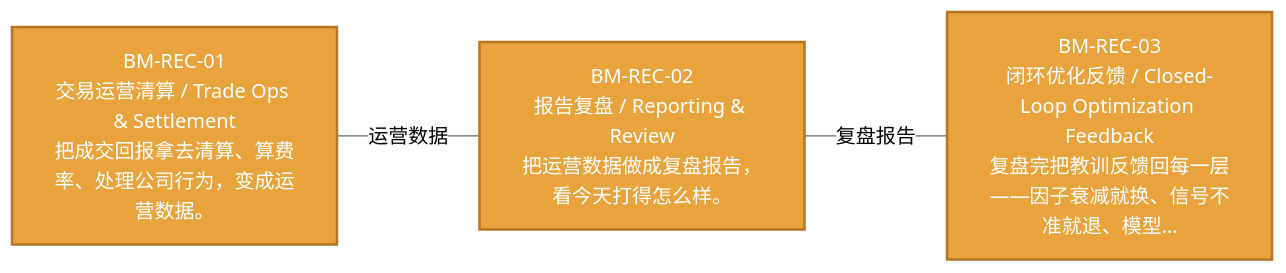
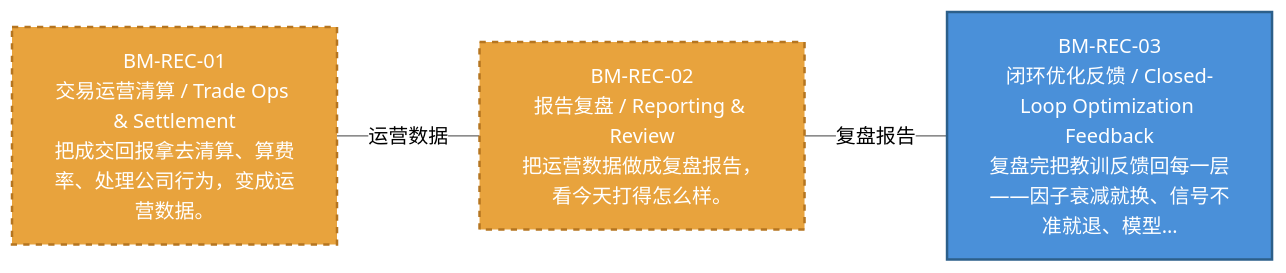
The diagram in docs/02_enterprise_architecture/07_trading_decision_architecture/battle_map/battle_map_06_reconciliation.md (xuanFelixVan/ZephyrAlpha), drawn with Mermaid (neutral theme) before and after one commit. The commit also changed other lines of this file and 9 other files, not shown here.

````diff
--- a/docs/02_enterprise_architecture/07_trading_decision_architecture/battle_map/battle_map_06_reconciliation.md
+++ b/docs/02_enterprise_architecture/07_trading_decision_architecture/battle_map/battle_map_06_reconciliation.md
@@ -15,13 +15,14 @@
 ```mermaid
 %% 对账阶段图
 flowchart LR
     BM_REC_01["BM-REC-01\n交易运营清算 / Trade Ops & Settlement\n把成交回报拿去清算、算费率、处理公司行为，变成运营数据。"]:::design
     BM_REC_02["BM-REC-02\n报告复盘 / Reporting & Review\n把运营数据做成复盘报告，看今天打得怎么样。"]:::design
-    BM_REC_03["BM-REC-03\n闭环优化反馈 / Closed-Loop Optimization Feedback\n复盘完把教训反馈回每一层——因子衰减就换、信号不准就退、模型…"]:::design
+    BM_REC_03["BM-REC-03\n闭环优化反馈 / Closed-Loop Optimization Feedback\n复盘完把教训反馈回每一层——因子衰减就换、信号不准就退、模型…"]:::production
     BM_REC_01 --- |运营数据| BM_REC_02
     BM_REC_02 --- |复盘报告| BM_REC_03
 classDef production fill:#4A90D9,stroke:#2C5F8A,color:#fff,stroke-width:2px;
-classDef design fill:#E8A33D,stroke:#B57520,color:#fff,stroke-width:2px;
-classDef deprecated fill:#999999,stroke:#666666,color:#fff,stroke-width:2px;
-classDef missing fill:#fff,stroke:#D93636,color:#D93636,stroke-width:3px;
+classDef design fill:#E8A33D,stroke:#B57520,color:#fff,stroke-width:2px,stroke-dasharray: 5 5;
+classDef deprecated fill:#D93636,stroke:#A02020,color:#fff,stroke-width:2px;
+classDef missing fill:#BBBBBB,stroke:#888888,color:#fff,stroke-width:2px;
+classDef candidate fill:#F4D03F,stroke:#B7950B,color:#000,stroke-width:2px;
 ```
````
